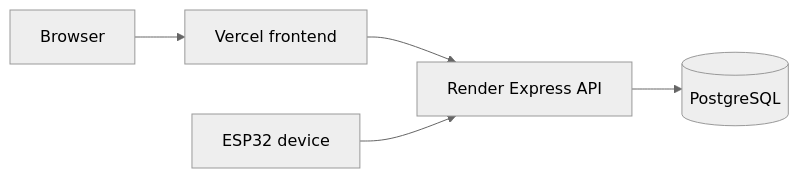
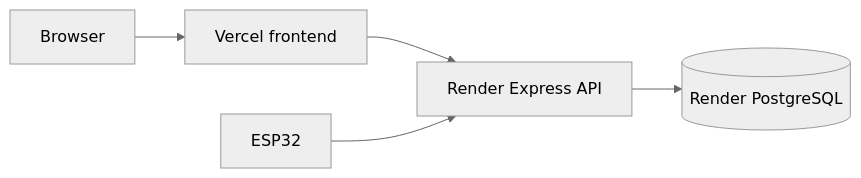
Before and after one commit to Agnibha-31/IoT-based-Smart-Energy-Meter: the fourth of 4 diagrams in README.md, drawn with Mermaid (neutral theme). The commit also changed other lines of this file, not shown here.

````diff
--- a/README.md
+++ b/README.md
@@ -559,7 +820,7 @@
 ```mermaid
 flowchart LR
     A["Browser"] --> B["Vercel frontend"]
     B --> C["Render Express API"]
-    C --> D[("PostgreSQL")]
-    E["ESP32 device"] --> C
+    C --> D[("Render PostgreSQL")]
+    E["ESP32"] --> C
 ```
````
